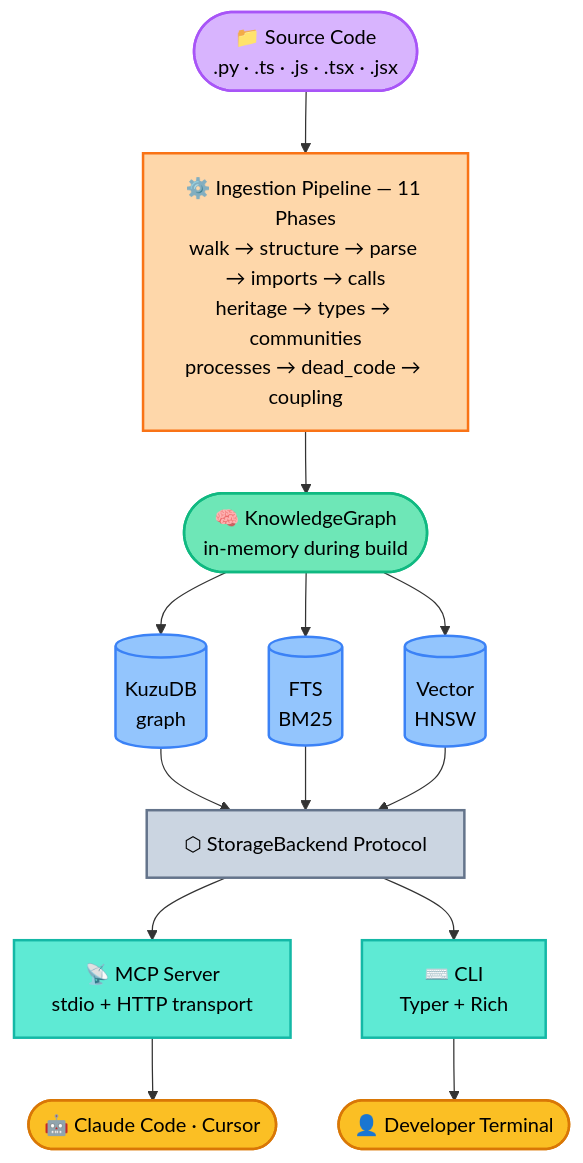
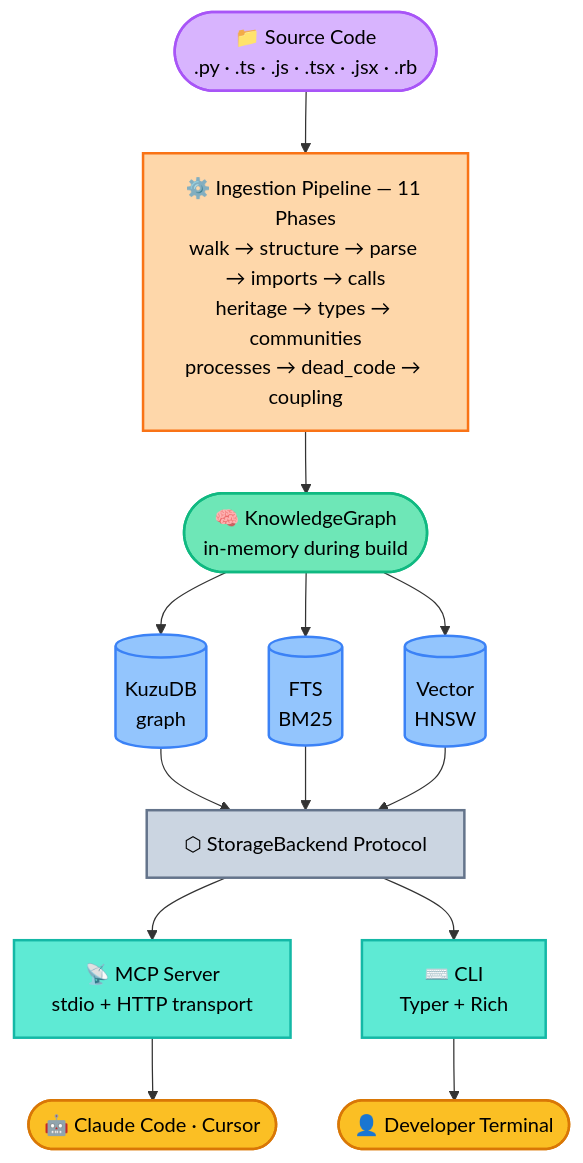
Before and after one commit to scanadi/synaptiq: the second of 2 diagrams in README.md, drawn with Mermaid. The commit also changed other lines of this file and 3 other files, not shown here.

````diff
--- a/README.md
+++ b/README.md
@@ -544,48 +548,48 @@
 ```mermaid
 flowchart TB
-    SRC(["📁 Source Code<br/>.py · .ts · .js · .tsx · .jsx"])
+    SRC(["📁 Source Code<br/>.py · .ts · .js · .tsx · .jsx · .rb"])
 
     PIPELINE["⚙️ Ingestion Pipeline — 11 Phases<br/>walk → structure → parse → imports → calls<br/>heritage → types → communities<br/>processes → dead_code → coupling"]
 
     KG(["🧠 KnowledgeGraph<br/>in-memory during build"])
 
     KUZU[(KuzuDB<br/>graph)]
     FTS[(FTS<br/>BM25)]
     VEC[(Vector<br/>HNSW)]
 
     PROTO["⬡ StorageBackend Protocol"]
 
     MCP_OUT["📡 MCP Server<br/>stdio + HTTP transport"]
     CLI_OUT["⌨️ CLI<br/>Typer + Rich"]
 
     CLAUDE(["🤖 Claude Code · Cursor"])
     DEV(["👤 Developer Terminal"])
 
     SRC --> PIPELINE --> KG
     KG --> KUZU
     KG --> FTS
     KG --> VEC
     KUZU --> PROTO
     FTS --> PROTO
     VEC --> PROTO
     PROTO --> MCP_OUT
     PROTO --> CLI_OUT
     MCP_OUT --> CLAUDE
     CLI_OUT --> DEV
 
     classDef source fill:#d8b4fe,stroke:#a855f7,color:#000,stroke-width:2px
     classDef pipeline fill:#fed7aa,stroke:#f97316,color:#000,stroke-width:2px
     classDef kg fill:#6ee7b7,stroke:#10b981,color:#000,stroke-width:2px
     classDef store fill:#93c5fd,stroke:#3b82f6,color:#000,stroke-width:2px
     classDef proto fill:#cbd5e1,stroke:#64748b,color:#000,stroke-width:2px
     classDef iface fill:#5eead4,stroke:#14b8a6,color:#000,stroke-width:2px
     classDef user fill:#fbbf24,stroke:#d97706,color:#000,stroke-width:2px
 
     class SRC source
     class PIPELINE pipeline
     class KG kg
     class KUZU,FTS,VEC store
     class PROTO proto
     class MCP_OUT,CLI_OUT iface
     class CLAUDE,DEV user
 ```
````
